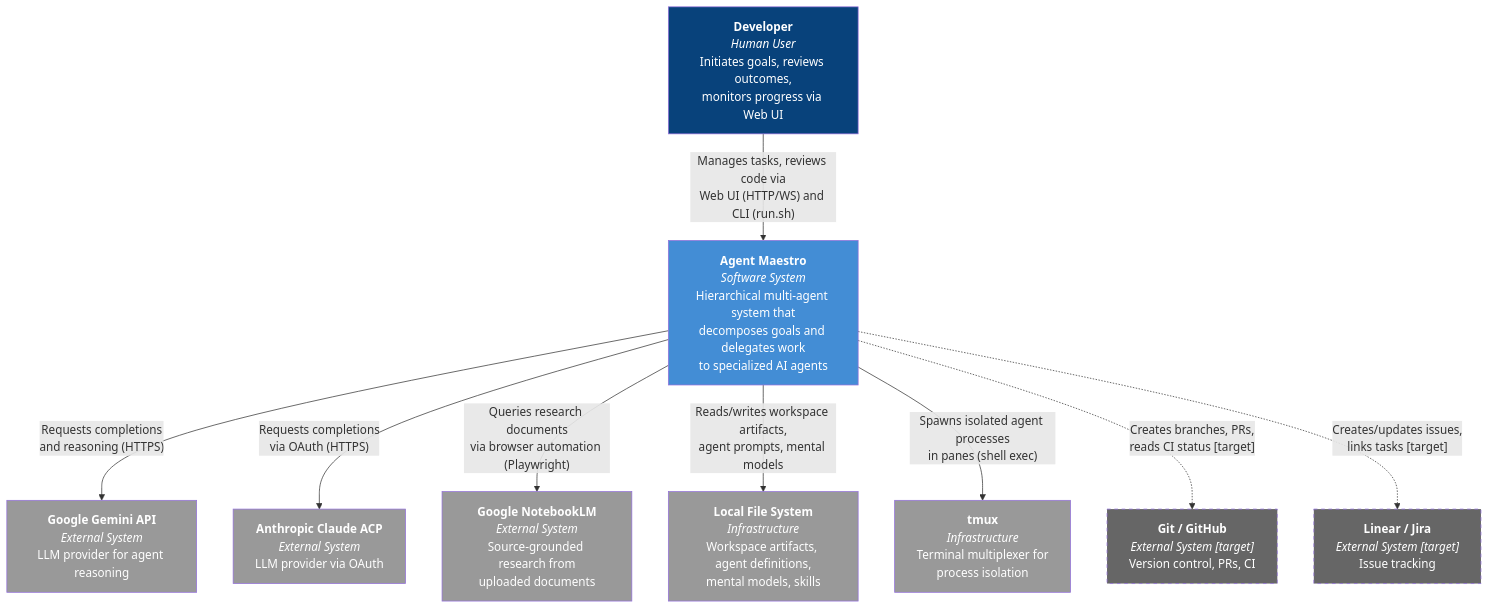
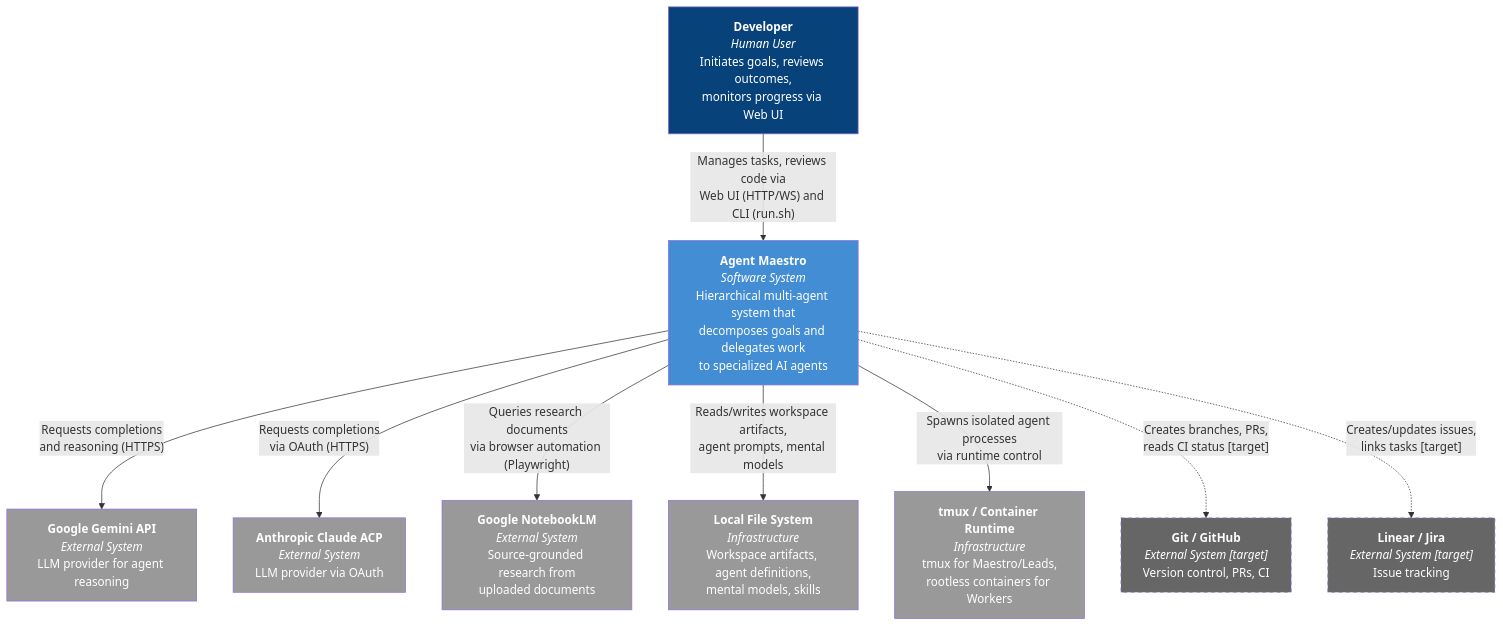
The first of 21 diagrams in docs/arc42-architecture.md (BerndAdamczyk/Agent-Maestro), drawn with Mermaid before and after one commit. The commit also changed other lines of this file, not shown here.

````diff
--- a/docs/arc42-architecture.md
+++ b/docs/arc42-architecture.md
@@ -111,33 +115,33 @@
 ```mermaid
 graph TB
     Developer["<b>Developer</b><br/><i>Human User</i><br/>Initiates goals, reviews outcomes,<br/>monitors progress via Web UI"]
 
     System["<b>Agent Maestro</b><br/><i>Software System</i><br/>Hierarchical multi-agent system that<br/>decomposes goals and delegates work<br/>to specialized AI agents"]
 
     Gemini["<b>Google Gemini API</b><br/><i>External System</i><br/>LLM provider for agent reasoning"]
     Claude["<b>Anthropic Claude ACP</b><br/><i>External System</i><br/>LLM provider via OAuth"]
     NotebookLM["<b>Google NotebookLM</b><br/><i>External System</i><br/>Source-grounded research from<br/>uploaded documents"]
     FileSystem["<b>Local File System</b><br/><i>Infrastructure</i><br/>Workspace artifacts, agent definitions,<br/>mental models, skills"]
-    Tmux["<b>tmux</b><br/><i>Infrastructure</i><br/>Terminal multiplexer for<br/>process isolation"]
+    RuntimeInfra["<b>tmux / Container Runtime</b><br/><i>Infrastructure</i><br/>tmux for Maestro/Leads,<br/>rootless containers for Workers"]
     Git["<b>Git / GitHub</b><br/><i>External System [target]</i><br/>Version control, PRs, CI"]
     Tracker["<b>Linear / Jira</b><br/><i>External System [target]</i><br/>Issue tracking"]
 
     Developer -- "Manages tasks, reviews code via<br/>Web UI (HTTP/WS) and CLI (run.sh)" --> System
     System -- "Requests completions<br/>and reasoning (HTTPS)" --> Gemini
     System -- "Requests completions<br/>via OAuth (HTTPS)" --> Claude
     System -- "Queries research documents<br/>via browser automation (Playwright)" --> NotebookLM
     System -- "Reads/writes workspace artifacts,<br/>agent prompts, mental models" --> FileSystem
-    System -- "Spawns isolated agent processes<br/>in panes (shell exec)" --> Tmux
+    System -- "Spawns isolated agent processes<br/>via runtime control" --> RuntimeInfra
     System -. "Creates branches, PRs,<br/>reads CI status [target]" .-> Git
     System -. "Creates/updates issues,<br/>links tasks [target]" .-> Tracker
 
     style System fill:#438DD5,color:#fff
     style Developer fill:#08427B,color:#fff
     style Gemini fill:#999,color:#fff
     style Claude fill:#999,color:#fff
     style NotebookLM fill:#999,color:#fff
     style FileSystem fill:#999,color:#fff
-    style Tmux fill:#999,color:#fff
+    style RuntimeInfra fill:#999,color:#fff
     style Git fill:#666,color:#fff,stroke-dasharray: 5 5
     style Tracker fill:#666,color:#fff,stroke-dasharray: 5 5
 ```
````
